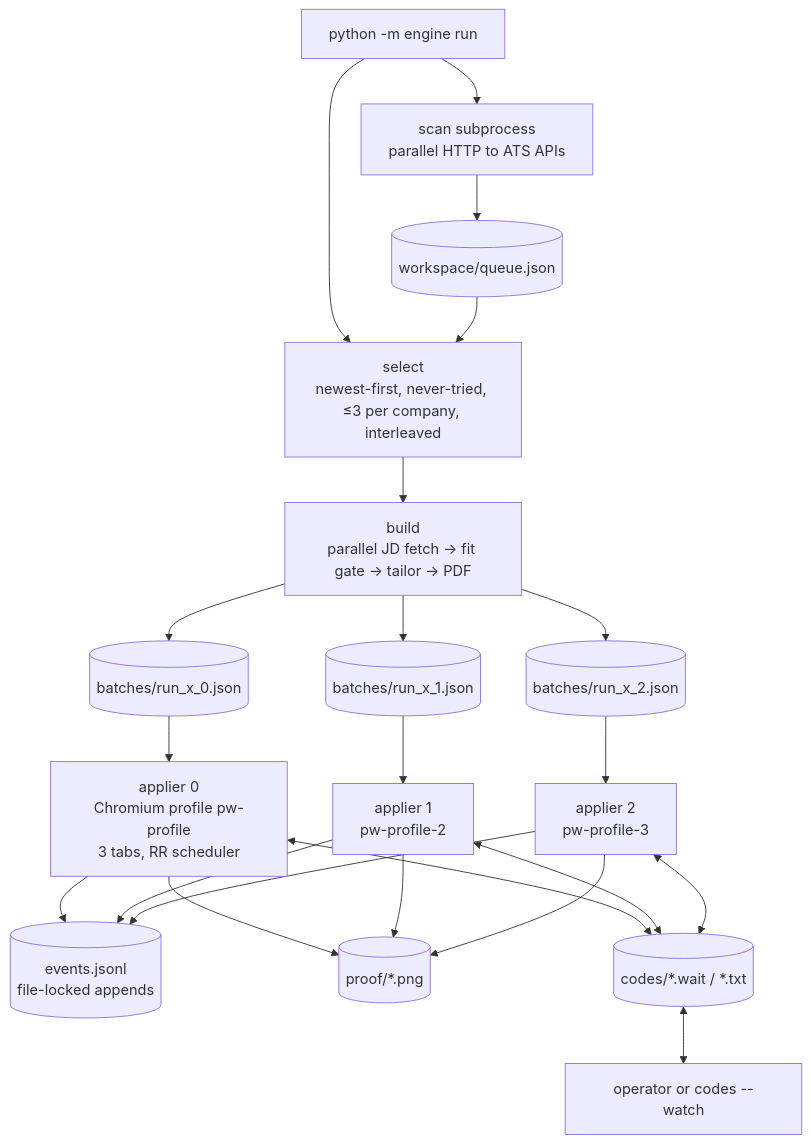
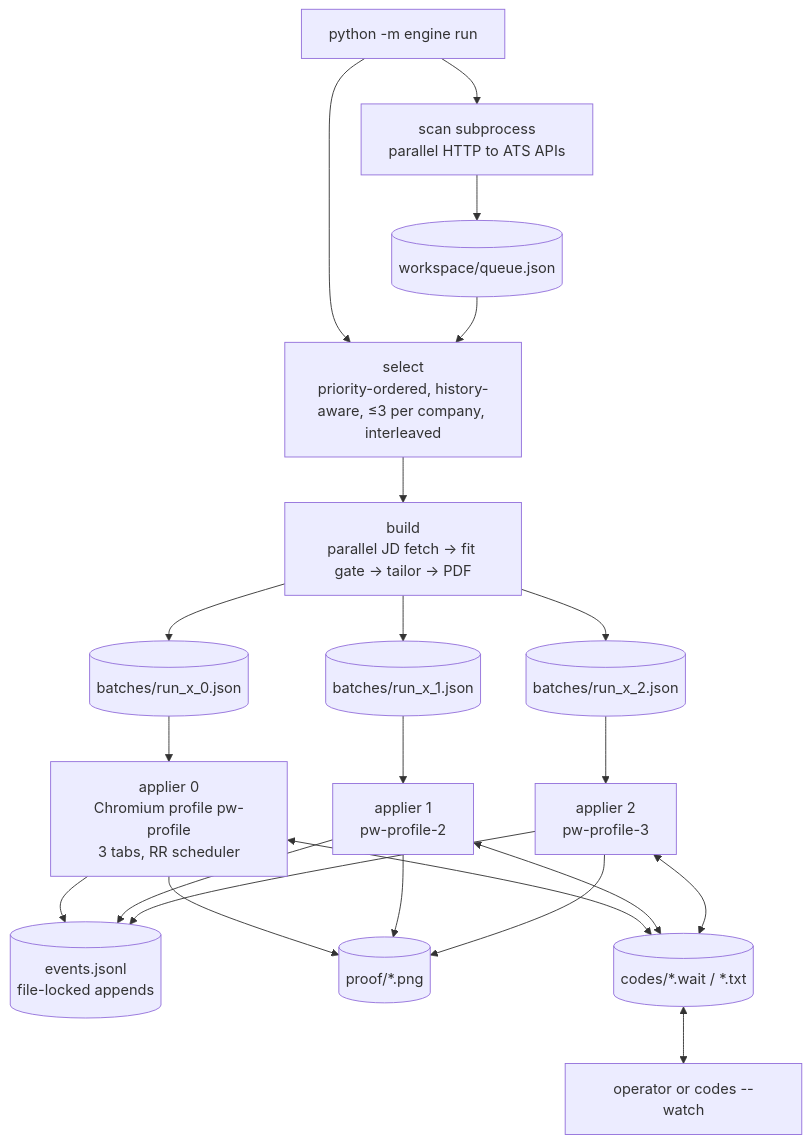
One commit to sameernagar-hub/regen-engine changed the diagram in docs/wiki/Architecture.md. Above: the diagram before and after it, drawn with Mermaid. The commit also changed other lines of this file and 5 other files, not shown here.

Commit message:
Wiki: Zero cost + MCP, Trust gate, Job priority + first-applicant mode, Control room; architecture and sidebar updated

````diff
--- a/docs/wiki/Architecture.md
+++ b/docs/wiki/Architecture.md
@@ -10,18 +10,18 @@
 ```mermaid
 flowchart TB
     CLI[python -m engine run] --> SCAN[scan subprocess<br/>parallel HTTP to ATS APIs]
     SCAN --> QJ[(workspace/queue.json)]
-    CLI --> SEL[select<br/>newest-first, never-tried, ≤3 per company, interleaved]
+    CLI --> SEL[select<br/>priority-ordered, history-aware, ≤3 per company, interleaved]
     QJ --> SEL
     SEL --> BUILD[build<br/>parallel JD fetch → fit gate → tailor → PDF]
     BUILD --> B0[(batches/run_x_0.json)]
     BUILD --> B1[(batches/run_x_1.json)]
     BUILD --> B2[(batches/run_x_2.json)]
     B0 --> A0[applier 0<br/>Chromium profile pw-profile<br/>3 tabs, RR scheduler]
     B1 --> A1[applier 1<br/>pw-profile-2]
     B2 --> A2[applier 2<br/>pw-profile-3]
     A0 & A1 & A2 --> EV[(events.jsonl<br/>file-locked appends)]
     A0 & A1 & A2 --> PR[(proof/*.png)]
     A0 & A1 & A2 <--> CD[(codes/*.wait / *.txt)]
     CD <--> OP[operator or codes --watch]
 ```
````
